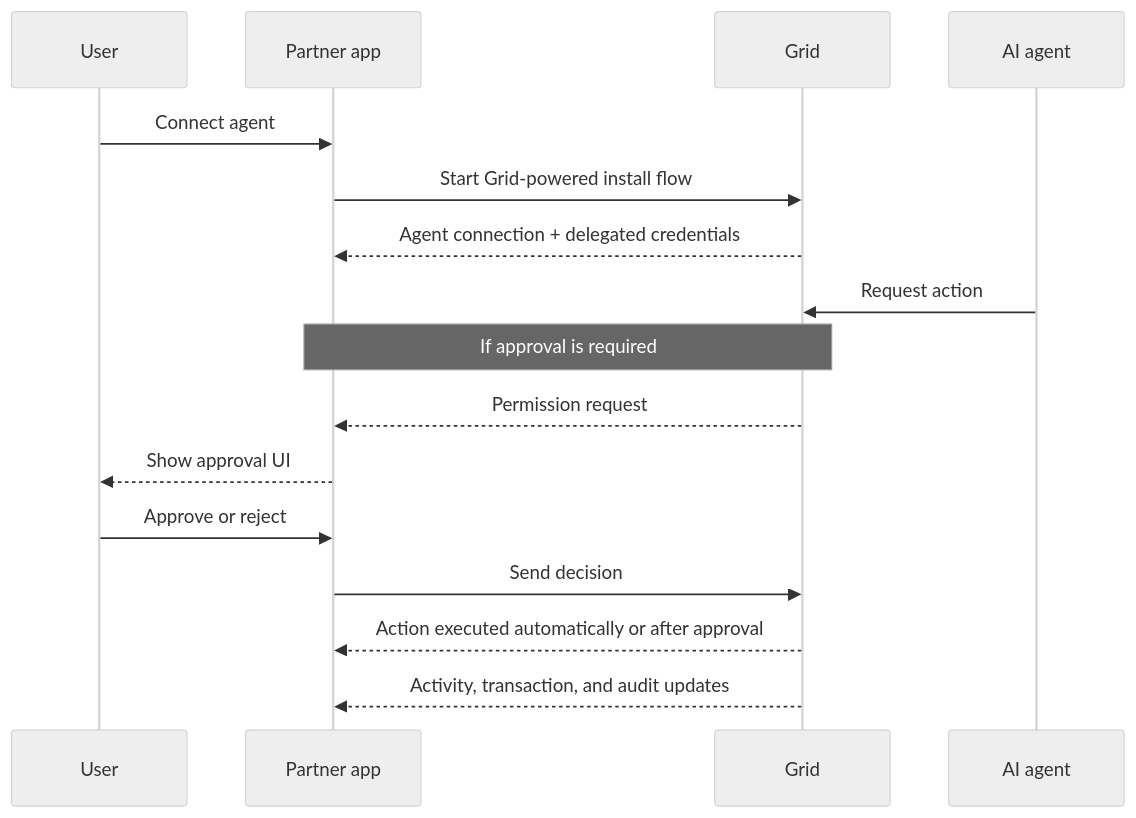
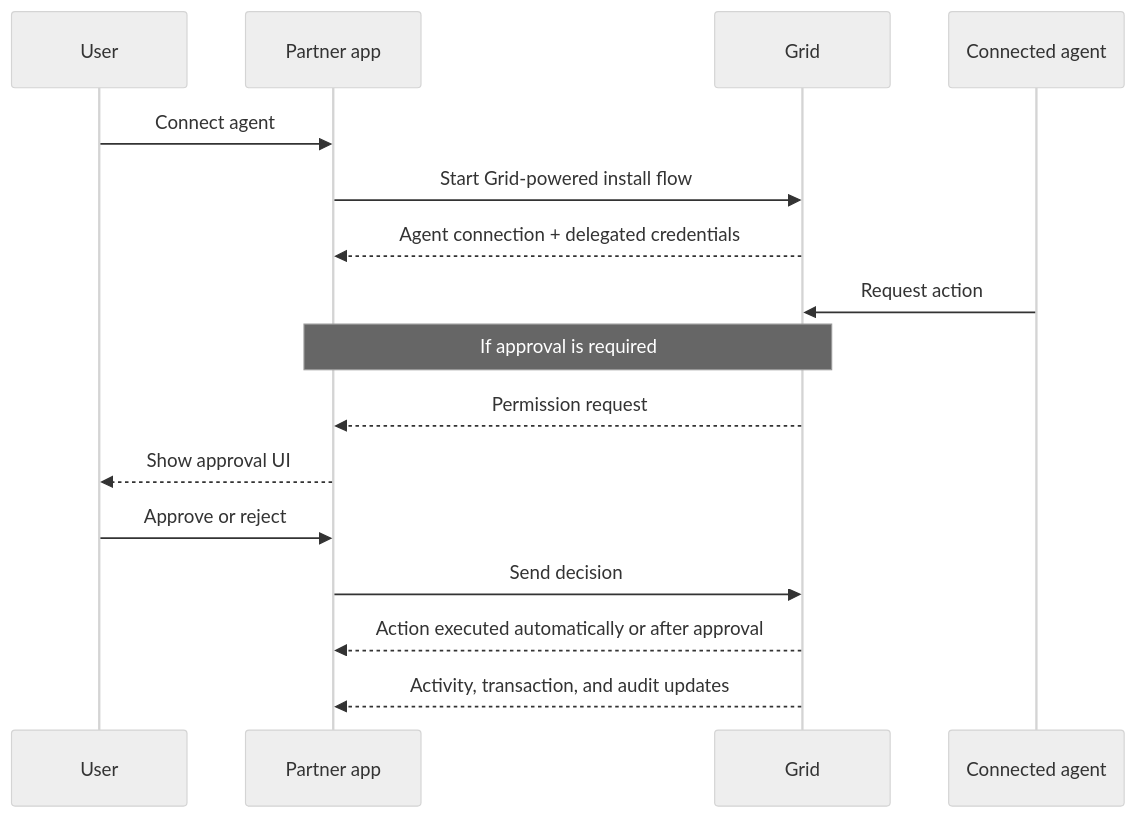
One commit to lightsparkdev/grid-api changed the diagram in mintlify/global-accounts/agents/overview.mdx. Above: the diagram before and after it, drawn with Mermaid (neutral theme). The commit also changed other lines of this file and 3 other files, not shown here.

````diff
--- a/mintlify/global-accounts/agents/overview.mdx
+++ b/mintlify/global-accounts/agents/overview.mdx
@@ -29,19 +30,19 @@
 ```mermaid
 sequenceDiagram
     participant U as User
     participant P as Partner app
     participant G as Grid
-    participant A as AI agent
+    participant A as Connected agent
 
     U->>P: Connect agent
     P->>G: Start Grid-powered install flow
     G-->>P: Agent connection + delegated credentials
     A->>G: Request action
     Note over G,P: If approval is required
     G-->>P: Permission request
     P-->>U: Show approval UI
     U->>P: Approve or reject
     P->>G: Send decision
     G-->>P: Action executed automatically or after approval
     G-->>P: Activity, transaction, and audit updates
 ```
````
